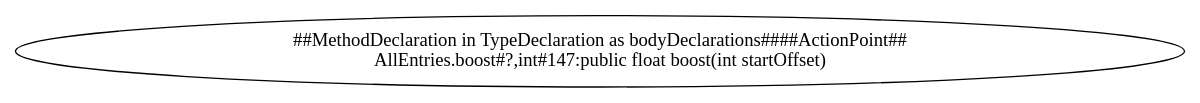
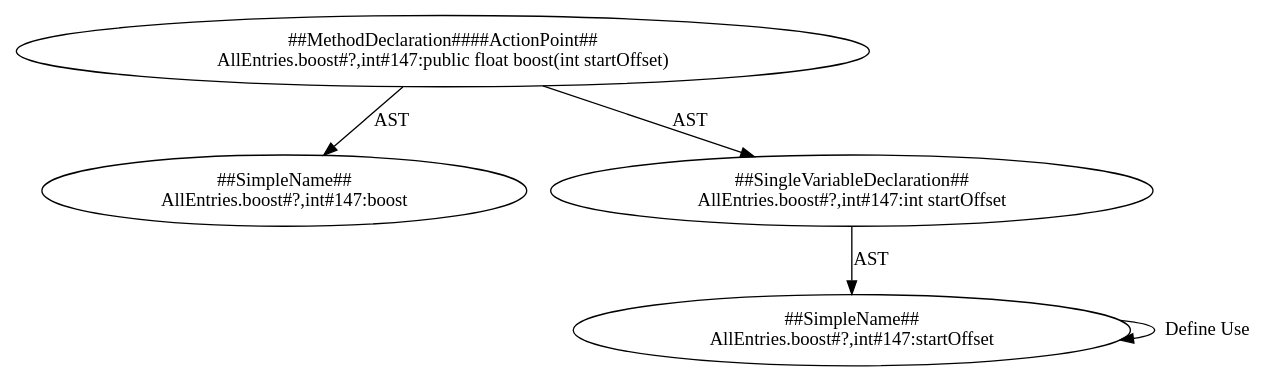
Before and after one commit to ssmingz/FixGen: the diagram in codegraph/out/pattern_EmptyCheck4.dot, drawn with Graphviz. The commit also changed 19 other files, not shown here.

```diff
--- a/codegraph/out/pattern_EmptyCheck4.dot
+++ b/codegraph/out/pattern_EmptyCheck4.dot
@@ -1,3 +1,10 @@
 digraph "Pattern" {
-0 [label="##MethodDeclaration in TypeDeclaration as bodyDeclarations####ActionPoint##\nAllEntries.boost#?,int#147:public float boost(int startOffset)" shape=ellipse]
+0 [label="##MethodDeclaration####ActionPoint##\nAllEntries.boost#?,int#147:public float boost(int startOffset)" shape=ellipse]
+1 [label="##SimpleName##\nAllEntries.boost#?,int#147:boost" shape=ellipse]
+2 [label="##SingleVariableDeclaration##\nAllEntries.boost#?,int#147:int startOffset" shape=ellipse]
+3 [label="##SimpleName##\nAllEntries.boost#?,int#147:startOffset" shape=ellipse]
+0 -> 1 [label="AST"];
+0 -> 2 [label="AST"];
+2 -> 3 [label="AST"];
+3 -> 3 [label="Define Use"];
 }
```
